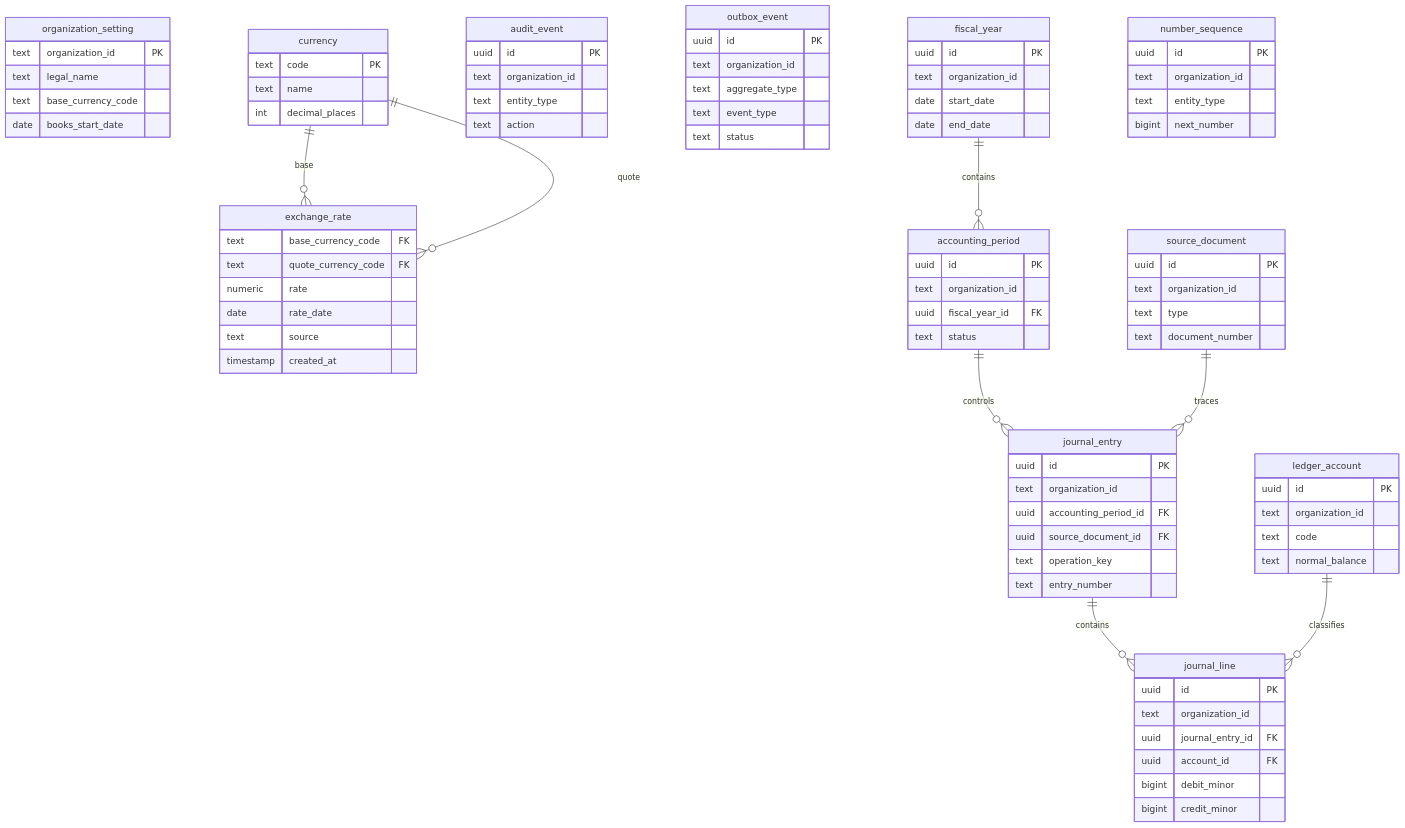
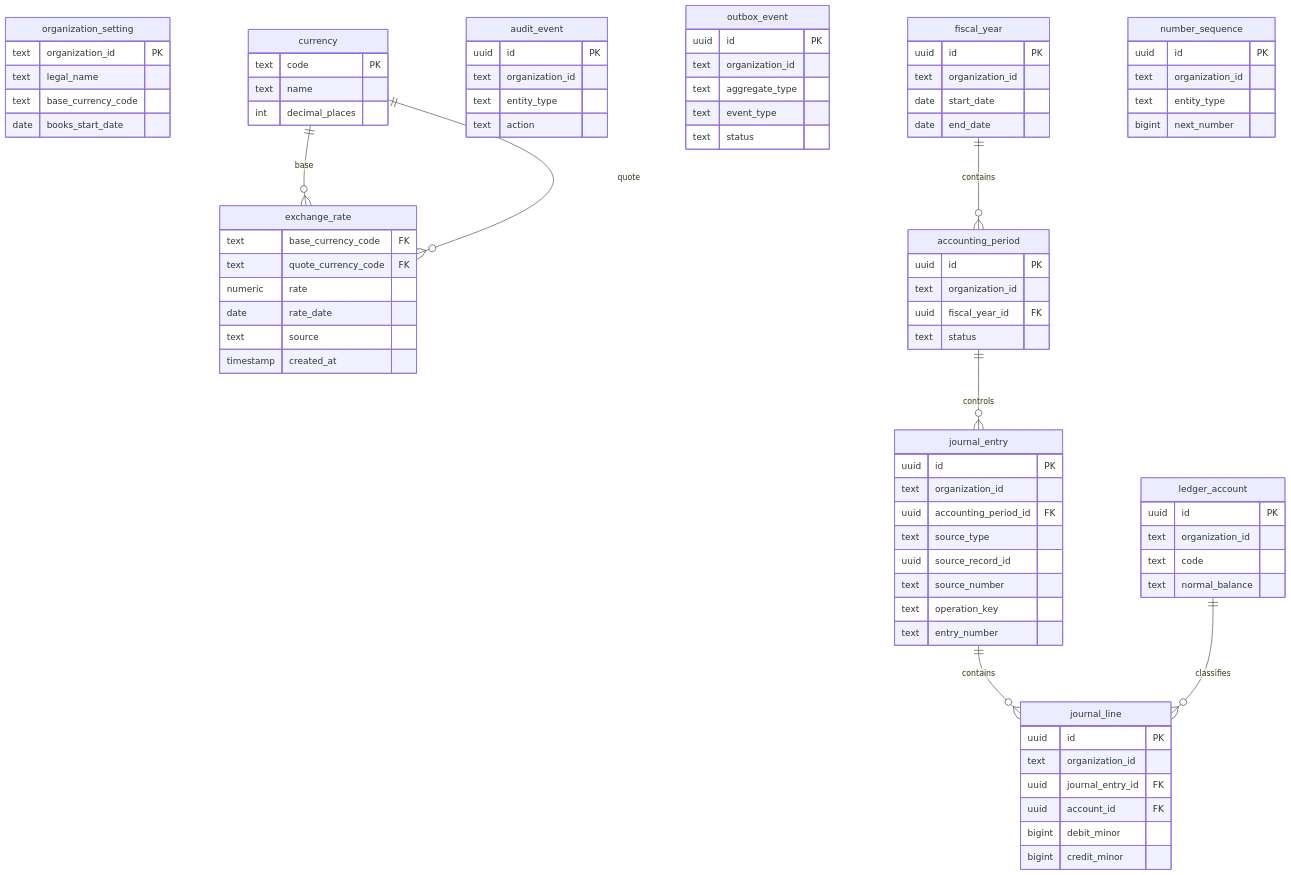
One commit to isherbuilds/edernal-books changed the first of 2 diagrams in docs/superpowers/plans/2026-06-17-accounting-foundation-schema-revision-plan.md. Above: the diagram before and after it, drawn with Mermaid. The commit also changed other lines of this file and 44 other files, not shown here.

```diff
--- a/docs/superpowers/plans/2026-06-17-accounting-foundation-schema-revision-plan.md
+++ b/docs/superpowers/plans/2026-06-17-accounting-foundation-schema-revision-plan.md
@@ -83,17 +89,13 @@
     text entity_type
     bigint next_number
   }
-  source_document {
-    uuid id PK
-    text organization_id
-    text type
-    text document_number
-  }
   journal_entry {
     uuid id PK
     text organization_id
     uuid accounting_period_id FK
-    uuid source_document_id FK
+    text source_type
+    uuid source_record_id
+    text source_number
     text operation_key
     text entry_number
   }
@@ -107,7 +109,6 @@
   }
   fiscal_year ||--o{ accounting_period : contains
   accounting_period ||--o{ journal_entry : controls
-  source_document ||--o{ journal_entry : traces
   journal_entry ||--o{ journal_line : contains
   ledger_account ||--o{ journal_line : classifies
   currency ||--o{ exchange_rate : base
```
